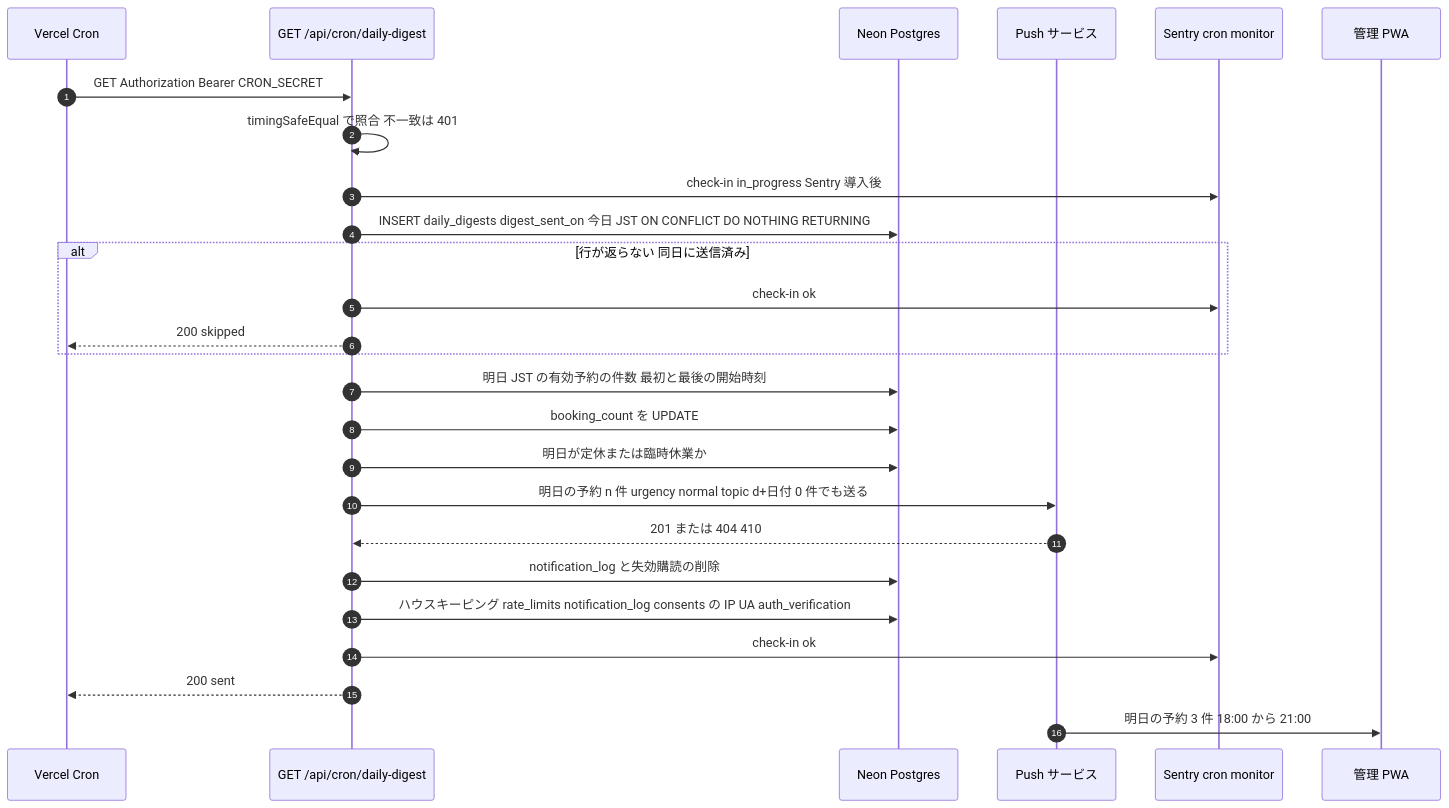
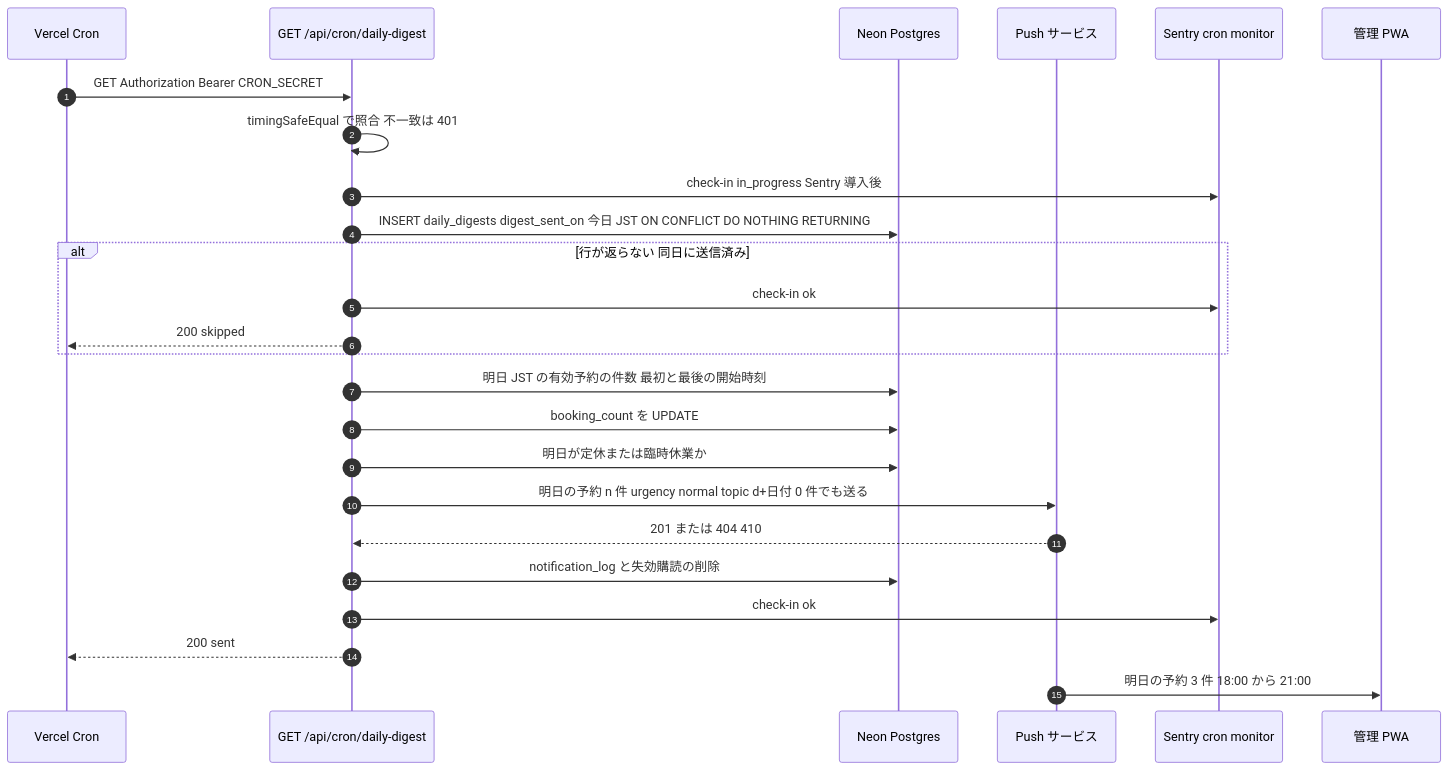
One commit to kaz-ma/barber-booking changed the fifth of 6 diagrams in docs/03_design/05_state_and_flows.md. Above: the diagram before and after it, drawn with Mermaid. The commit also changed other lines of this file and 17 other files, not shown here.

````diff
--- a/docs/03_design/05_state_and_flows.md
+++ b/docs/03_design/05_state_and_flows.md
@@ -258,28 +289,27 @@
 ```mermaid
 sequenceDiagram
   autonumber
   participant VC as Vercel Cron
   participant RH as GET /api/cron/daily-digest
   participant DB as Neon Postgres
   participant PS as Push サービス
   participant SE as Sentry cron monitor
   participant A as 管理 PWA
   VC->>RH: GET Authorization Bearer CRON_SECRET
   RH->>RH: timingSafeEqual で照合 不一致は 401
   RH->>SE: check-in in_progress Sentry 導入後
   RH->>DB: INSERT daily_digests digest_sent_on 今日 JST ON CONFLICT DO NOTHING RETURNING
   alt 行が返らない 同日に送信済み
     RH->>SE: check-in ok
     RH-->>VC: 200 skipped
   end
   RH->>DB: 明日 JST の有効予約の件数 最初と最後の開始時刻
   RH->>DB: booking_count を UPDATE
   RH->>DB: 明日が定休または臨時休業か
   RH->>PS: 明日の予約 n 件 urgency normal topic d+日付 0 件でも送る
   PS-->>RH: 201 または 404 410
   RH->>DB: notification_log と失効購読の削除
-  RH->>DB: ハウスキーピング rate_limits notification_log consents の IP UA auth_verification
   RH->>SE: check-in ok
   RH-->>VC: 200 sent
   PS->>A: 明日の予約 3 件 18:00 から 21:00
 ```
````
